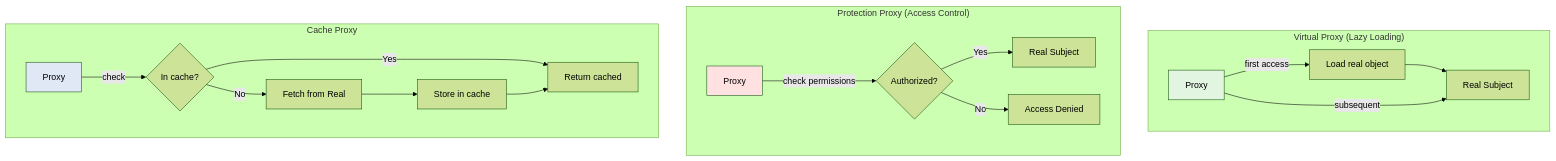
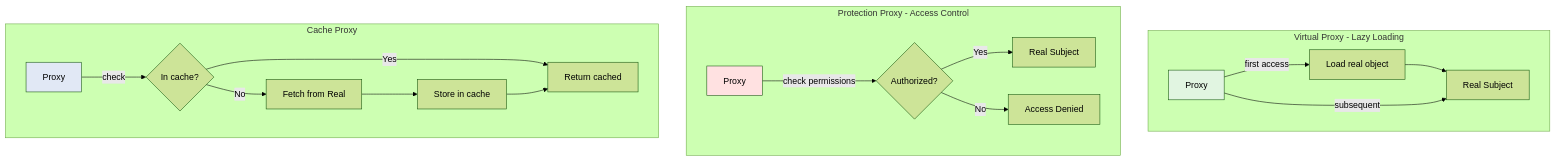
Diagram 23 of 55 in chapters/cap13-design-patterns-diag.md (Brebu/Quizz), drawn with Mermaid (forest theme) before and after one commit. The commit also changed other lines of this file and 1 other file, not shown here.

````diff
--- a/chapters/cap13-design-patterns-diag.md
+++ b/chapters/cap13-design-patterns-diag.md
@@ -720,29 +720,29 @@
 ```mermaid
 graph TB
-    subgraph "Virtual Proxy (Lazy Loading)"
+    subgraph VirtualProxy[Virtual Proxy - Lazy Loading]
         VP[Proxy]
         VP -->|first access| Load[Load real object]
         Load --> Real1[Real Subject]
         VP -->|subsequent| Real1
     end
     
-    subgraph "Protection Proxy (Access Control)"
+    subgraph ProtectionProxy[Protection Proxy - Access Control]
         PP[Proxy]
         PP -->|check permissions| Auth{Authorized?}
         Auth -->|Yes| Real2[Real Subject]
         Auth -->|No| Error[Access Denied]
     end
     
-    subgraph "Cache Proxy"
+    subgraph CacheProxy[Cache Proxy]
         CP[Proxy]
         CP -->|check| Cache{In cache?}
         Cache -->|Yes| Return[Return cached]
         Cache -->|No| Fetch[Fetch from Real]
         Fetch --> Store[Store in cache]
         Store --> Return
     end
     
     style VP fill:#e1f5e1
     style PP fill:#ffe1e1
     style CP fill:#e1e8f5
 ```
````
